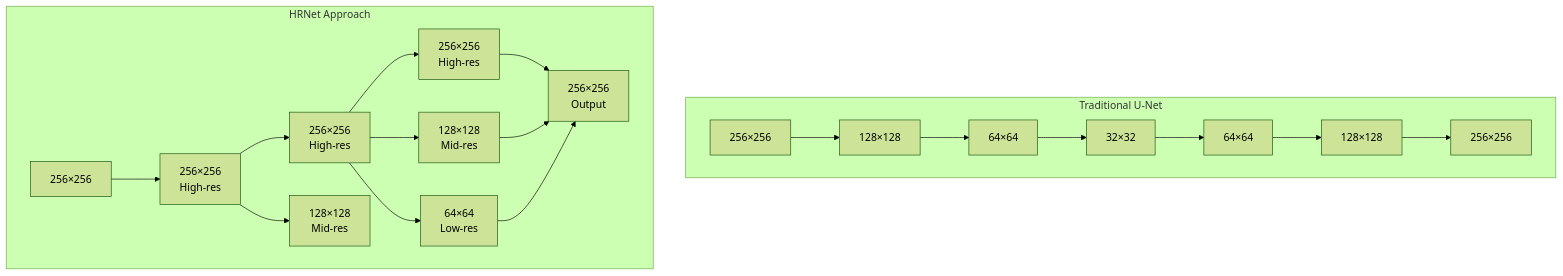
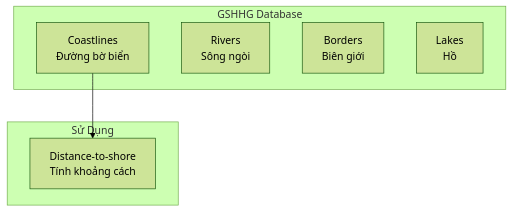
Before and after one commit to rerangst/geobayai_lab: the second of 9 diagrams in research/chuong-06-xview-challenges/muc-03-xview3-maritime/06-giai-nam.md, drawn with Mermaid (forest theme). The commit also changed other lines of this file and 18 other files, not shown here.

````diff
--- a/research/chuong-06-xview-challenges/muc-03-xview3-maritime/06-giai-nam.md
+++ b/research/chuong-06-xview-challenges/muc-03-xview3-maritime/06-giai-nam.md
@@ -103,26 +51,15 @@
 ```mermaid
-graph TB
-    subgraph "Traditional U-Net"
-        I1["256×256"] --> E1["128×128"]
-        E1 --> E2["64×64"]
-        E2 --> E3["32×32"]
-        E3 --> D1["64×64"]
-        D1 --> D2["128×128"]
-        D2 --> D3["256×256"]
+flowchart TB
+    subgraph GSHHG["GSHHG Database"]
+        COAST["Coastlines<br/>Đường bờ biển"]
+        RIVERS["Rivers<br/>Sông ngòi"]
+        BORDERS["Borders<br/>Biên giới"]
+        LAKES["Lakes<br/>Hồ"]
     end
 
-    subgraph "HRNet Approach"
-        I2["256×256"] --> HR1["256×256<br/>High-res"]
-        HR1 --> HR2["256×256<br/>High-res"]
-        HR2 --> HR3["256×256<br/>High-res"]
+    subgraph USE["Sử Dụng"]
+        DIST["Distance-to-shore<br/>Tính khoảng cách"]
+    end
 
-        HR1 --> MR1["128×128<br/>Mid-res"]
-        HR2 --> MR2["128×128<br/>Mid-res"]
-
-        HR2 --> LR1["64×64<br/>Low-res"]
-
-        HR3 --> OUT["256×256<br/>Output"]
-        MR2 --> OUT
-        LR1 --> OUT
-    end
+    COAST --> DIST
 ```
````
